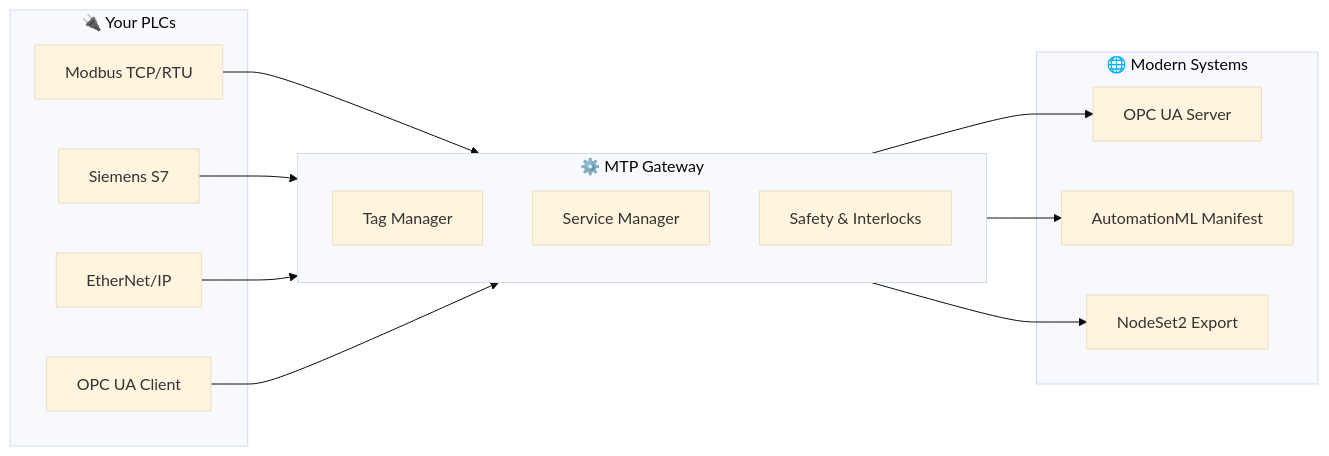
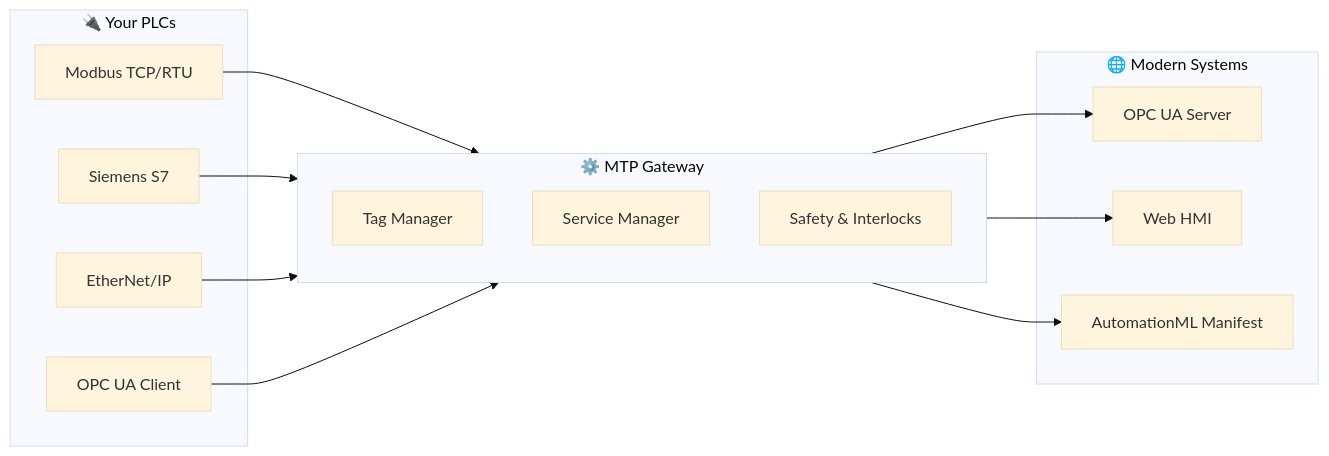
Before and after one commit to hadijannat/mtp-gateway: the first of 3 diagrams in README.md, drawn with Mermaid (base theme). The commit also changed other lines of this file and 6 other files, not shown here.

````diff
--- a/README.md
+++ b/README.md
@@ -18,30 +18,30 @@
 ```mermaid
 flowchart LR
     subgraph Southbound["🔌 Your PLCs"]
         M[Modbus TCP/RTU]
         S[Siemens S7]
         E[EtherNet/IP]
         O[OPC UA Client]
     end
 
     subgraph Gateway["⚙️ MTP Gateway"]
         T[Tag Manager]
         SM[Service Manager]
         Safety[Safety & Interlocks]
     end
 
     subgraph Northbound["🌐 Modern Systems"]
         UA[OPC UA Server]
+        WebUI[Web HMI]
         AML[AutomationML Manifest]
-        NS[NodeSet2 Export]
     end
 
     M --> Gateway
     S --> Gateway
     E --> Gateway
     O --> Gateway
 
     Gateway --> UA
+    Gateway --> WebUI
     Gateway --> AML
-    Gateway --> NS
 ```
````
